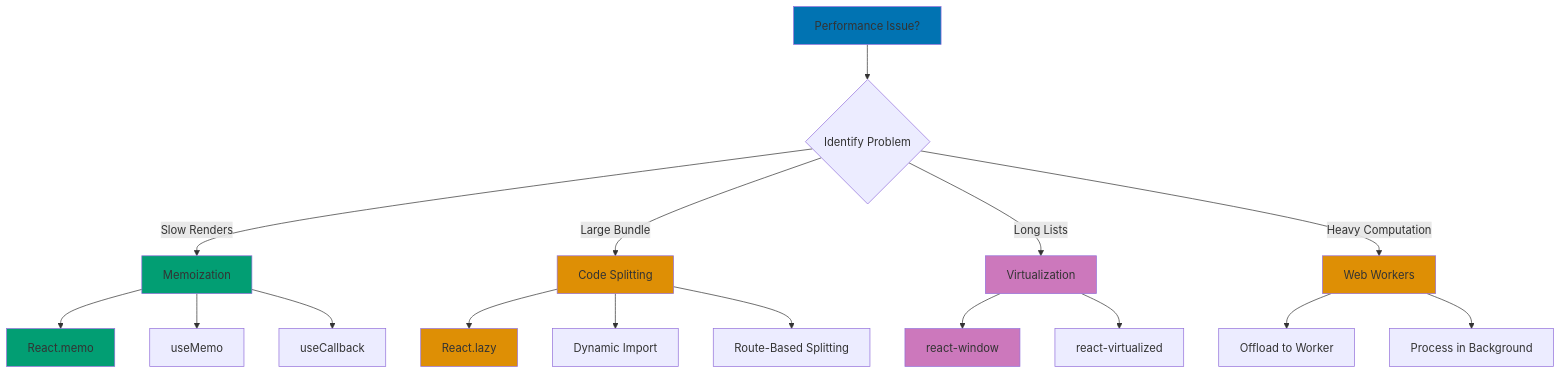
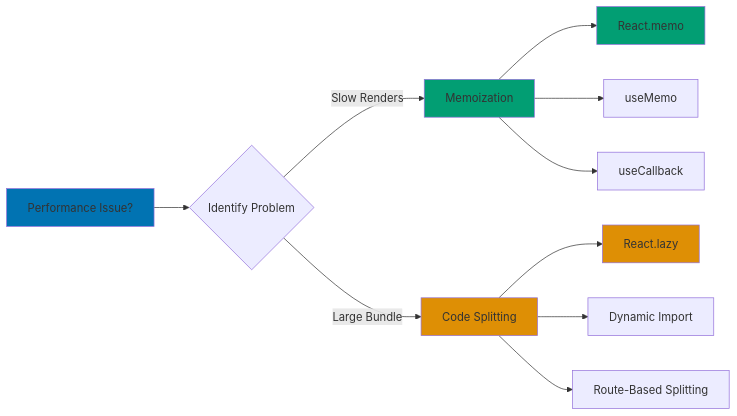
One commit to wahidyankf/open-sharia-enterprise changed the first of 2 diagrams in docs/explanation/software-engineering/platform-web/tools/fe-react/performance.md. Above: the diagram before and after it, drawn with Mermaid. The commit also changed other lines of this file and 22 other files, not shown here.

First line of the commit message:
fix(docs): fix mermaid violations in platform-web docs

````diff
--- a/docs/explanation/software-engineering/platform-web/tools/fe-react/performance.md
+++ b/docs/explanation/software-engineering/platform-web/tools/fe-react/performance.md
@@ -42,35 +44,24 @@
 ```mermaid
 %% Color Palette: Blue #0173B2, Orange #DE8F05, Teal #029E73, Purple #CC78BC
 %% All colors are color-blind friendly and meet WCAG AA contrast standards
 
-graph TD
+graph LR
     A[Performance Issue?] --> B{Identify Problem}
 
     B -->|Slow Renders| C[Memoization]
     B -->|Large Bundle| D[Code Splitting]
-    B -->|Long Lists| E[Virtualization]
-    B -->|Heavy Computation| F[Web Workers]
 
     C --> G[React.memo]
     C --> H[useMemo]
     C --> I[useCallback]
 
     D --> J[React.lazy]
     D --> K[Dynamic Import]
     D --> L[Route-Based Splitting]
 
-    E --> M[react-window]
-    E --> N[react-virtualized]
-
-    F --> O[Offload to Worker]
-    F --> P[Process in Background]
-
     style A fill:#0173B2
     style C fill:#029E73
     style D fill:#DE8F05
-    style E fill:#CC78BC
-    style F fill:#DE8F05
     style G fill:#029E73
     style J fill:#DE8F05
-    style M fill:#CC78BC
 ```
````
